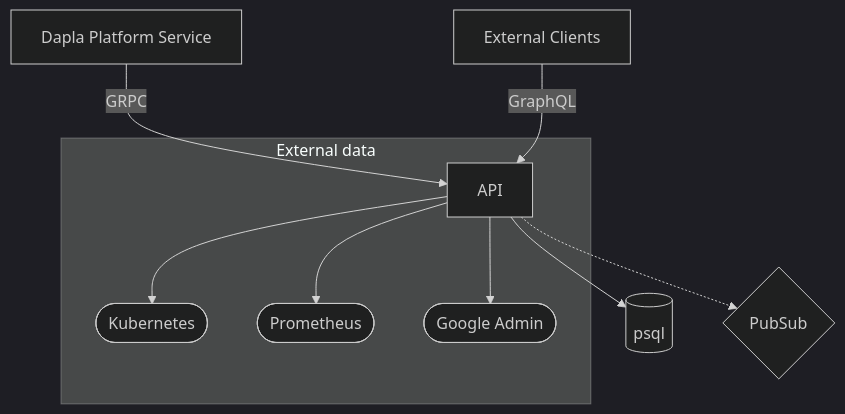
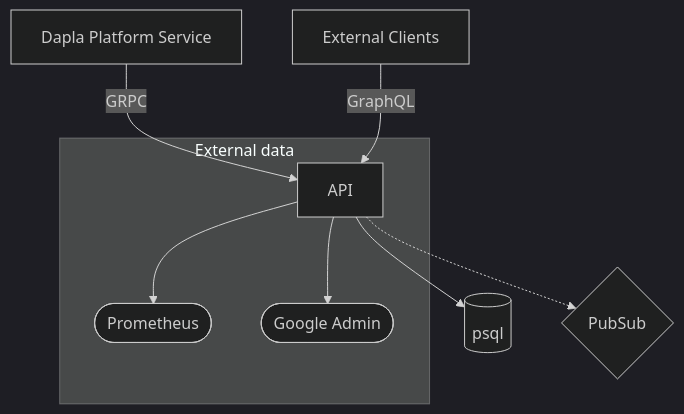
One commit to statisticsnorway/dapla-ctrl changed the diagram in README.md. Above: the diagram before and after it, drawn with Mermaid (dark theme). The commit also changed other lines of this file and 7 other files, not shown here.

````diff
--- a/README.md
+++ b/README.md
@@ -57,14 +55,13 @@
 ```mermaid
 
 graph TD
   API --> Postgres[(psql)]
   Service[Dapla Platform Service] --> |GRPC|API
   Clients[External Clients] --> |GraphQL|API
   API -.-> PubSub{PubSub}
 
   subgraph ext [External data]
-    API --> K8s([Kubernetes])
     API --> Prom([Prometheus])
     API --> GA([Google Admin])
   end
 ```
````
